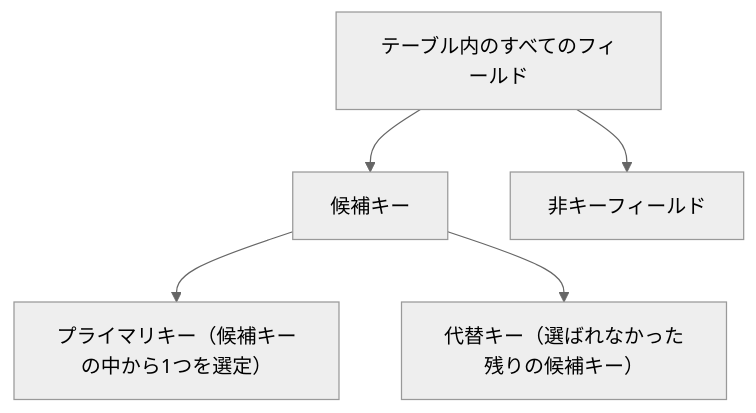
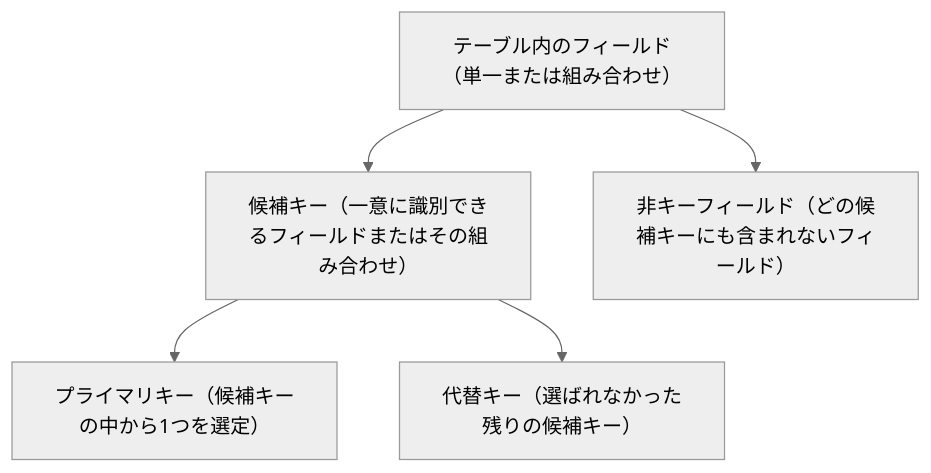
Before and after one commit to myoshi2891/Software-Design-and-Architecture: the ninth of 14 diagrams in Database-design-for-mere-mortals-guide.md, drawn with Mermaid (neutral theme). The commit also changed 1 other file, not shown here.

Commit message:
docs(database-design-for-mere-mortals): キー分類図で候補キーを単一フィールドまたは組み合わせとして記述

````diff
--- a/Database-design-for-mere-mortals-guide.md
+++ b/Database-design-for-mere-mortals-guide.md
@@ -234,7 +234,7 @@
 ```mermaid
 flowchart TD
-    All["テーブル内のすべてのフィールド"] --> Candidate["候補キー"]
-    All --> NonKey["非キーフィールド"]
+    All["テーブル内のフィールド（単一または組み合わせ）"] --> Candidate["候補キー（一意に識別できるフィールドまたはその組み合わせ）"]
+    All --> NonKey["非キーフィールド（どの候補キーにも含まれないフィールド）"]
     Candidate --> Primary["プライマリキー（候補キーの中から1つを選定）"]
     Candidate --> Alternate["代替キー（選ばれなかった残りの候補キー）"]
 ```
````
